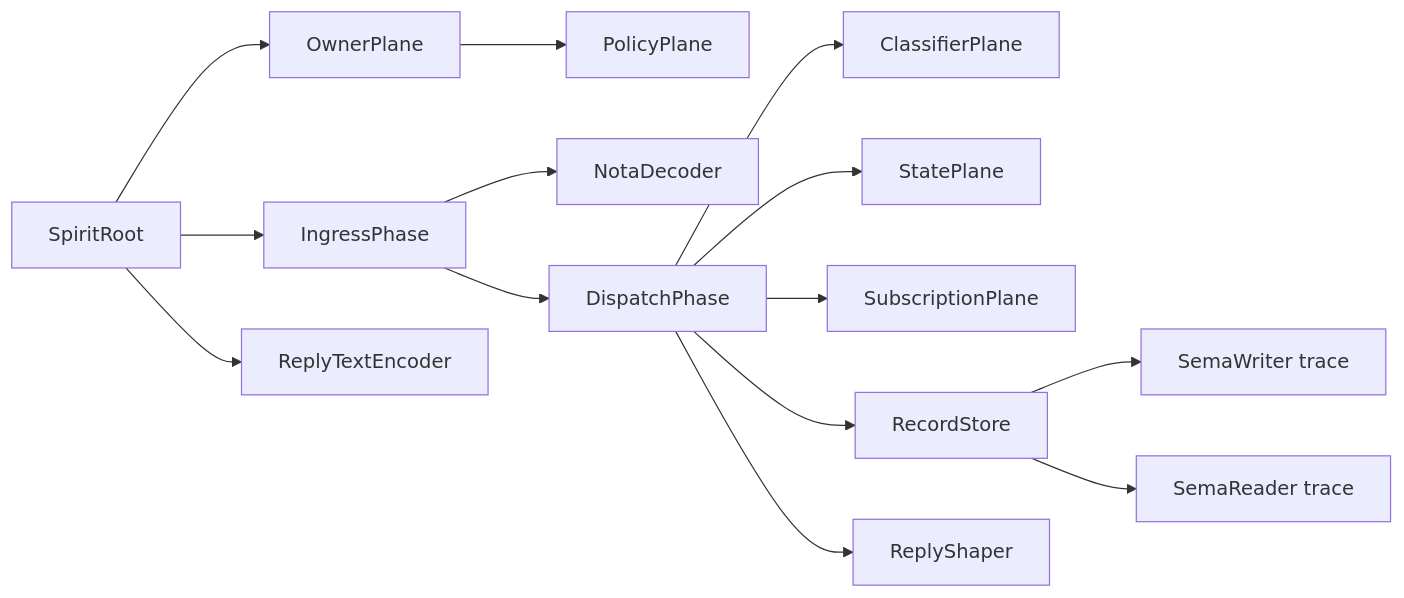
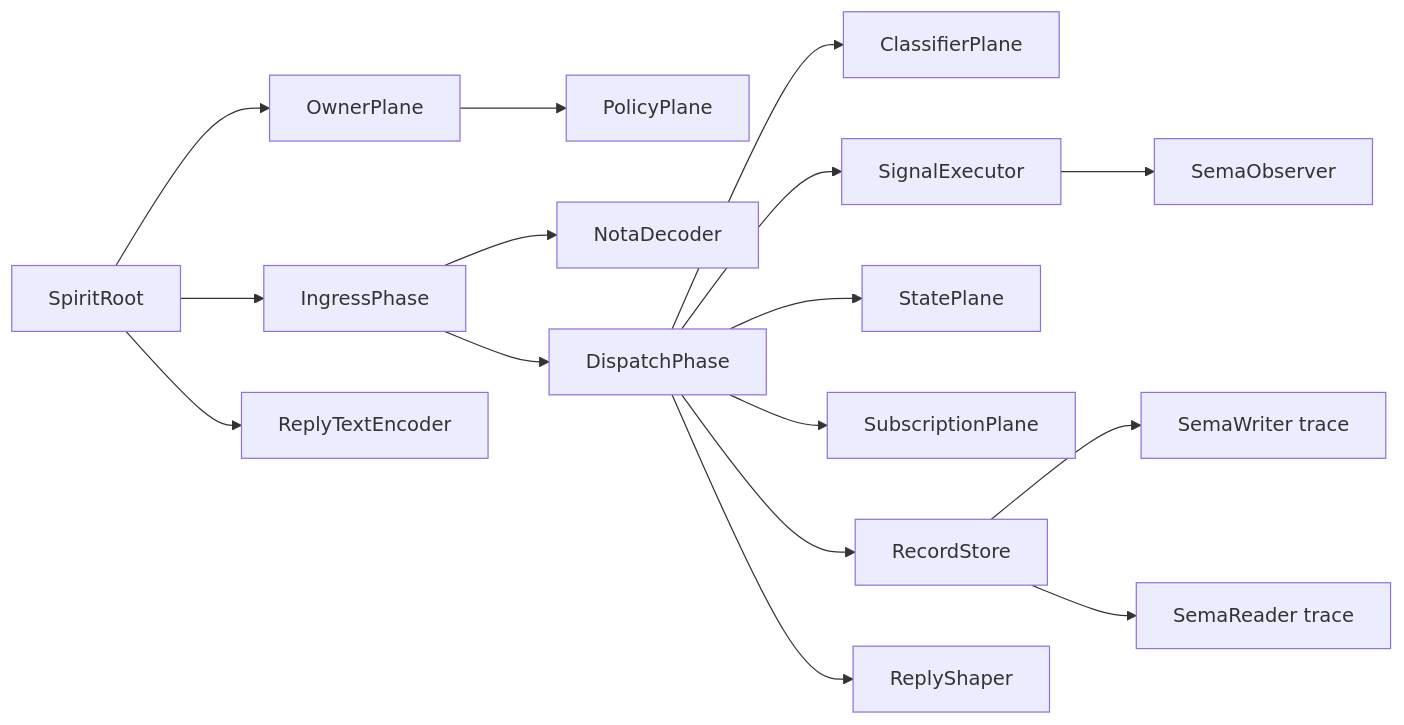
One commit to LiGoldragon/persona-spirit changed the second of 2 diagrams in ARCHITECTURE.md. Above: the diagram before and after it, drawn with Mermaid. The commit also changed other lines of this file and 14 other files, not shown here.

Commit message:
persona-spirit: execute ordinary requests through signal-executor

````diff
--- a/ARCHITECTURE.md
+++ b/ARCHITECTURE.md
@@ -50,31 +50,35 @@
 ```mermaid
 flowchart LR
     root["SpiritRoot"]
     owner["OwnerPlane"]
     policy["PolicyPlane"]
     ingress["IngressPhase"]
     decoder["NotaDecoder"]
     classifier["ClassifierPlane"]
     dispatch["DispatchPhase"]
+    executor["SignalExecutor"]
+    observer["SemaObserver"]
     state["StatePlane"]
     subscription["SubscriptionPlane"]
     store["RecordStore"]
     shaper["ReplyShaper"]
     encoder["ReplyTextEncoder"]
     writer["SemaWriter trace"]
     reader["SemaReader trace"]
 
     root --> owner
     owner --> policy
     root --> ingress
     ingress --> decoder
     ingress --> dispatch
     dispatch --> classifier
+    dispatch --> executor
+    executor --> observer
     dispatch --> state
     dispatch --> subscription
     dispatch --> store
     dispatch --> shaper
     store --> writer
     store --> reader
     root --> encoder
 ```
````
